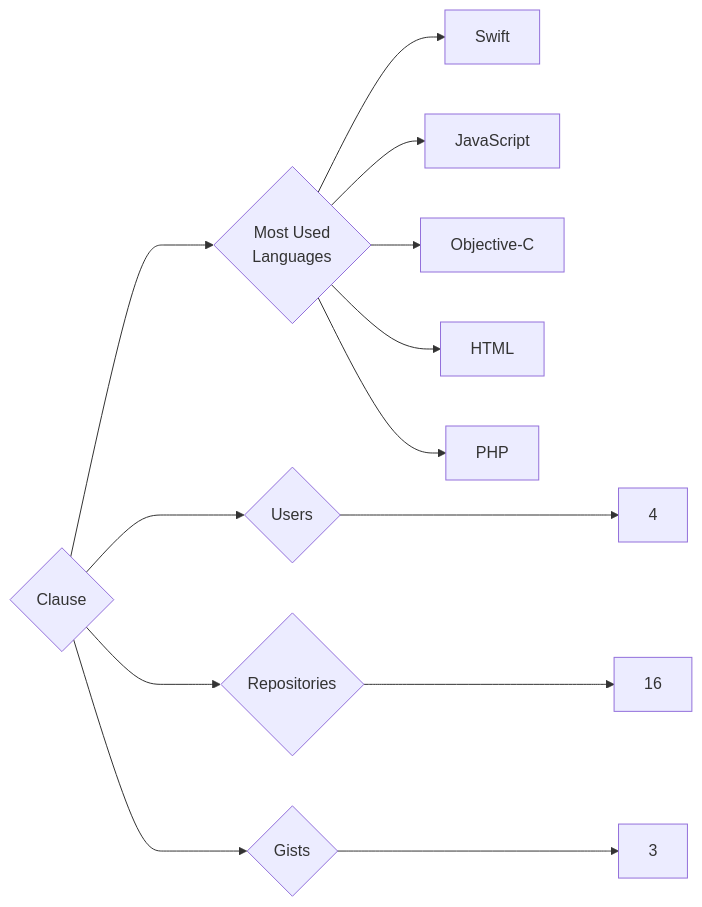
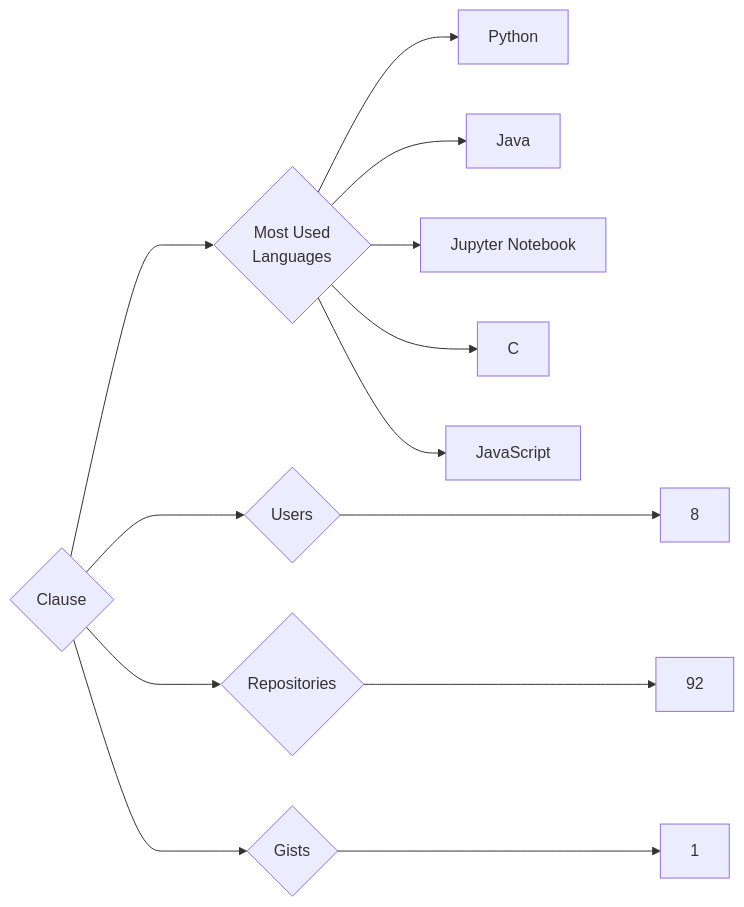
The diagram in targets/Clause/README.md (trickest/insiders), drawn with Mermaid before and after one commit. The commit also changed 1175 other files, not shown here.

````diff
--- a/targets/Clause/README.md
+++ b/targets/Clause/README.md
@@ -3,13 +3,13 @@
 ```mermaid
 graph LR
 COMPANY_NAME{Clause}
-COMPANY_NAME ---> U{Users} ---> UN[4]
-COMPANY_NAME ---> R{Repositories} ---> RN[16]
-COMPANY_NAME ---> G{Gists} ---> GN[3]
+COMPANY_NAME ---> U{Users} ---> UN[8]
+COMPANY_NAME ---> R{Repositories} ---> RN[92]
+COMPANY_NAME ---> G{Gists} ---> GN[1]
 COMPANY_NAME ---> ML{Most Used<br>Languages}
-ML --> Swift[Swift]
+ML --> Python[Python]
+ML --> Java[Java]
+ML --> Jupyter_Notebook[Jupyter Notebook]
+ML --> C[C]
 ML --> JavaScript[JavaScript]
-ML --> Objective-C[Objective-C]
-ML --> HTML[HTML]
-ML --> PHP[PHP]
 ```
````
